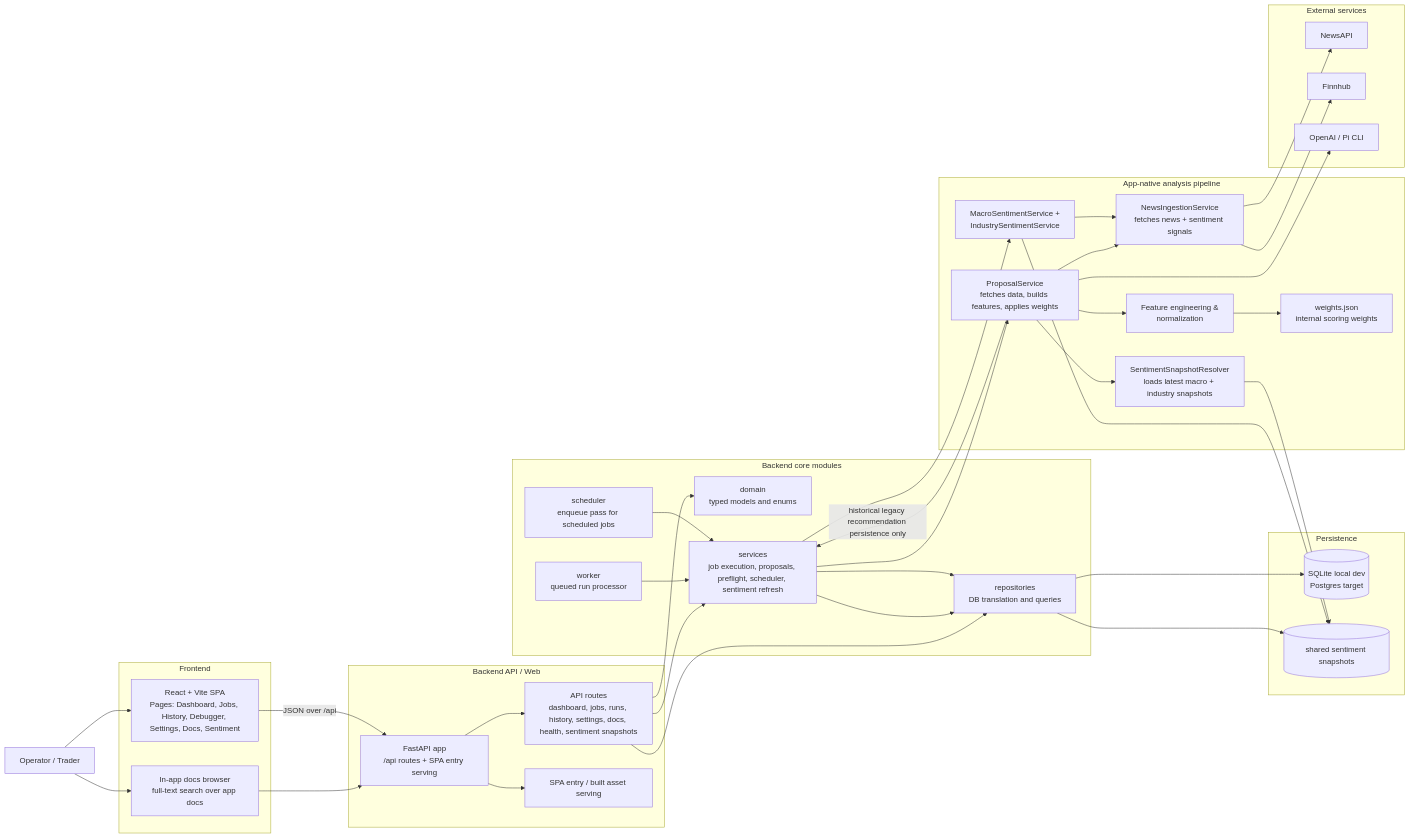
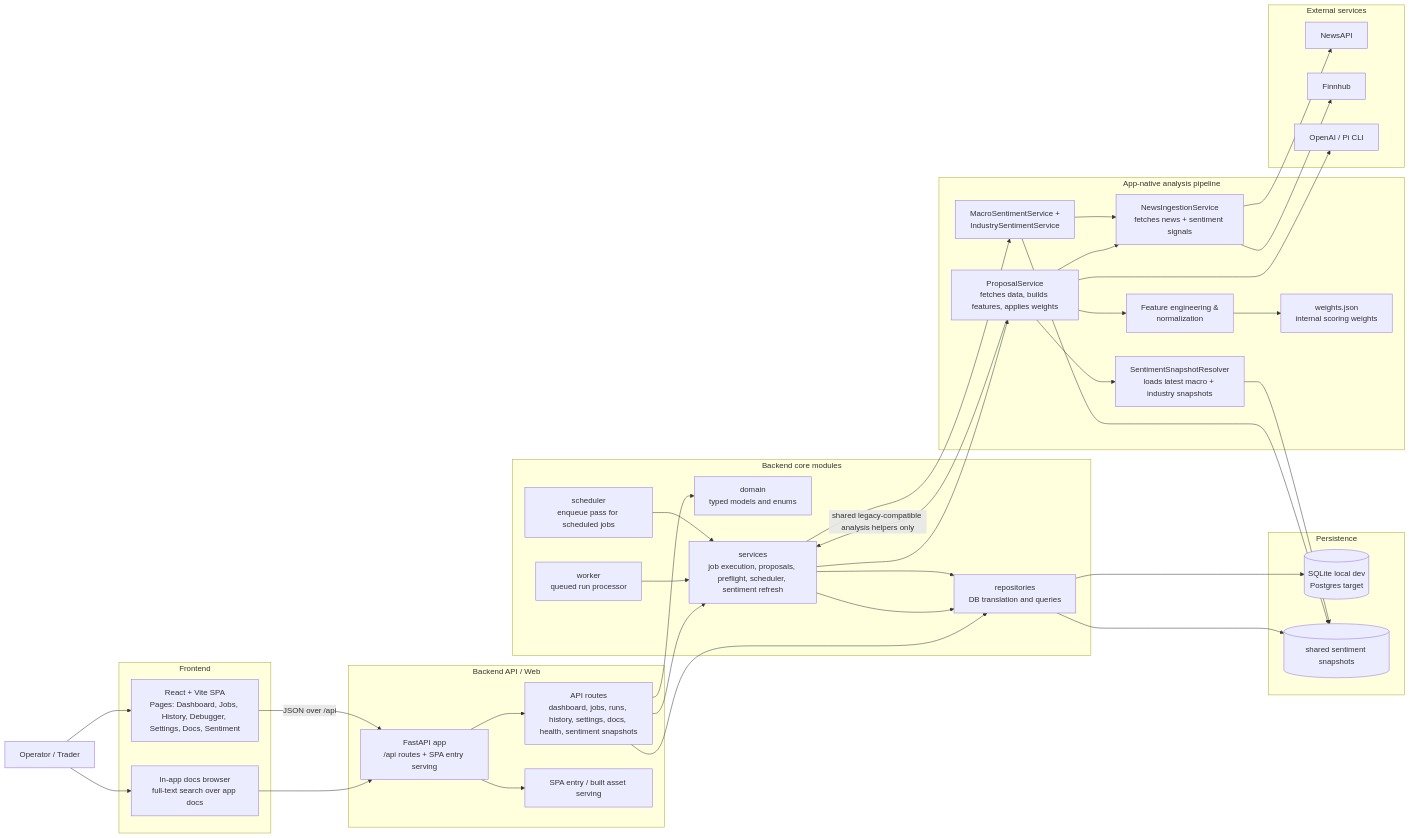
The diagram in docs/architecture.md (NLK511/essepoitenepenti), drawn with Mermaid before and after one commit. The commit also changed 11 other files, not shown here.

Commit message:
Remove legacy recommendation output surface

````diff
--- a/docs/architecture.md
+++ b/docs/architecture.md
@@ -33,76 +33,76 @@
 ```mermaid
 flowchart LR
     User[Operator / Trader]
 
     subgraph Frontend[Frontend]
         SPA[React + Vite SPA\nPages: Dashboard, Jobs, History, Debugger, Settings, Docs, Sentiment]
         DocsUI[In-app docs browser\nfull-text search over app docs]
     end
 
     subgraph Backend[Backend API / Web]
         FastAPI[FastAPI app\n/api routes + SPA entry serving]
         APIRoutes[API routes\ndashboard, jobs, runs, history, settings, docs, health, sentiment snapshots]
         WebEntry[SPA entry / built asset serving]
     end
 
     subgraph Core[Backend core modules]
         Domain[domain\ntyped models and enums]
         Repositories[repositories\nDB translation and queries]
         Services[services\njob execution, proposals, preflight, scheduler, sentiment refresh]
         Workers[worker\nqueued run processor]
         Scheduler[scheduler\nenqueue pass for scheduled jobs]
     end
 
     subgraph Storage[Persistence]
         DB[(SQLite local dev\nPostgres target)]
         Snapshots[(shared sentiment snapshots)]
     end
 
     subgraph Pipeline[App-native analysis pipeline]
         ProposalService[ProposalService\nfetches data, builds features, applies weights]
         SnapshotResolver[SentimentSnapshotResolver\nloads latest macro + industry snapshots]
         NewsIngestionService[NewsIngestionService\nfetches news + sentiment signals]
         FeatureEngine[Feature engineering &\nnormalization]
         Weights[weights.json\ninternal scoring weights]
         RefreshServices[MacroSentimentService +\nIndustrySentimentService]
     end
 
     subgraph External[External services]
         NewsAPI[NewsAPI]
         Finnhub[Finnhub]
         OptionalLLM[OpenAI / Pi CLI]
     end
 
     User --> SPA
     User --> DocsUI
     DocsUI --> FastAPI
     SPA -->|JSON over /api| FastAPI
     FastAPI --> APIRoutes
     FastAPI --> WebEntry
 
     APIRoutes --> Domain
     APIRoutes --> Repositories
     APIRoutes --> Services
     Workers --> Services
     Scheduler --> Services
     Services --> Repositories
     Repositories --> DB
     Repositories --> Snapshots
 
     Services --> ProposalService
     Services --> RefreshServices
     ProposalService --> SnapshotResolver
     ProposalService --> FeatureEngine
     ProposalService --> NewsIngestionService
     FeatureEngine --> Weights
     RefreshServices --> NewsIngestionService
     RefreshServices --> Snapshots
     SnapshotResolver --> Snapshots
 
     NewsIngestionService --> NewsAPI
     NewsIngestionService --> Finnhub
     ProposalService --> OptionalLLM
 
-    ProposalService -->|historical legacy recommendation persistence only| Services
+    ProposalService -->|shared legacy-compatible analysis helpers only| Services
     Services --> Repositories
 ```
````
